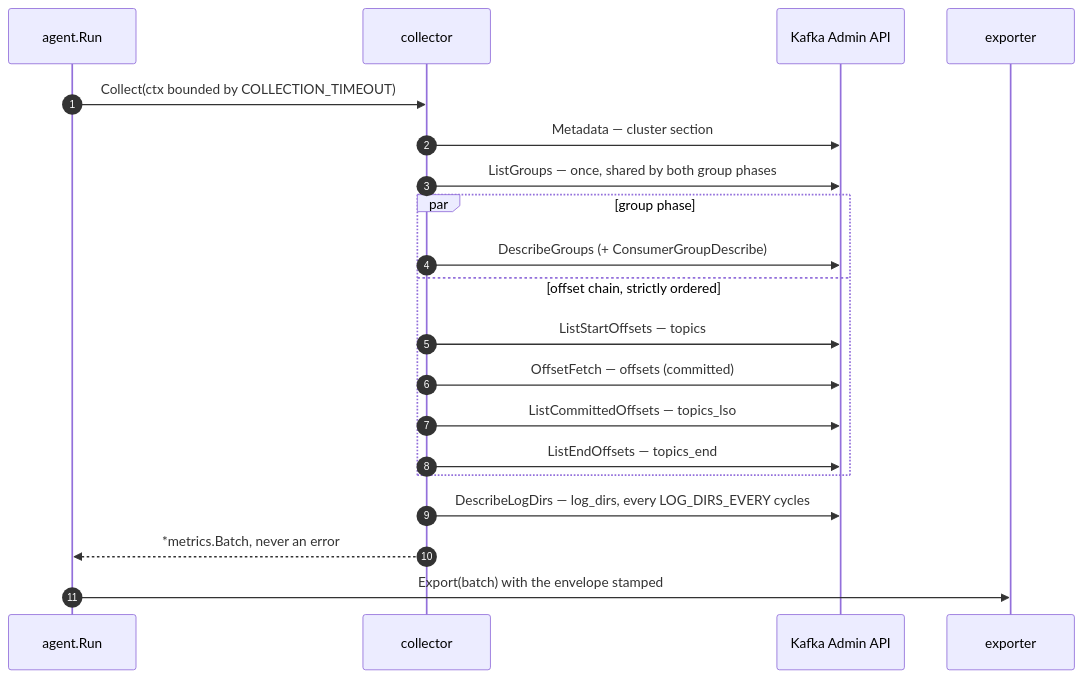
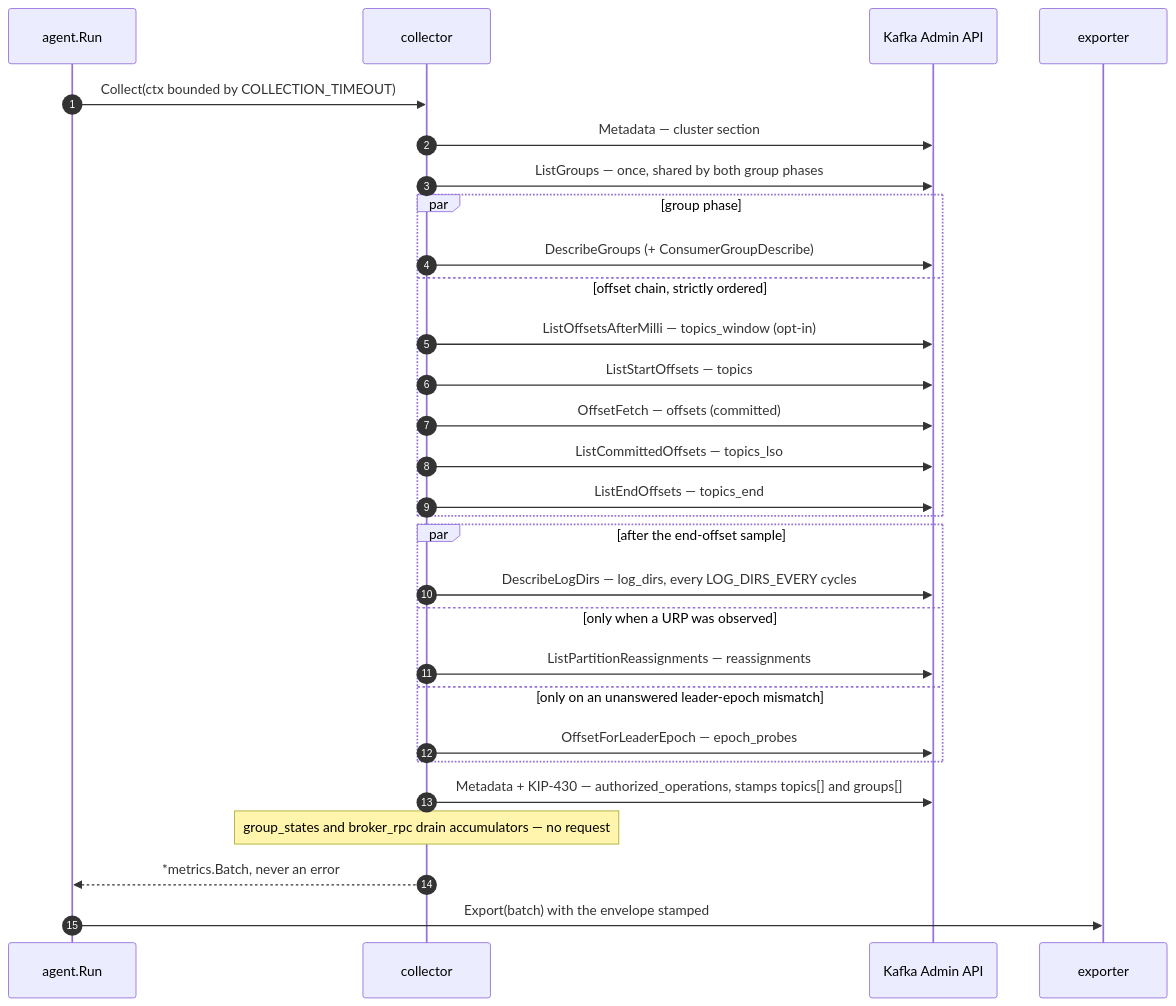
Before and after one commit to streamsight-labs/streamsight-agent: the diagram in docs/ARCHITECTURE.md, drawn with Mermaid. The commit also changed other lines of this file and 38 other files, not shown here.

First line of the commit message:
Roadmap tier1 (#2) (#5)

````diff
--- a/docs/ARCHITECTURE.md
+++ b/docs/ARCHITECTURE.md
@@ -23,23 +23,32 @@
 ```mermaid
 sequenceDiagram
     autonumber
     participant A as agent.Run
     participant C as collector
     participant K as Kafka Admin API
     participant E as exporter
 
     A->>C: Collect(ctx bounded by COLLECTION_TIMEOUT)
     C->>K: Metadata — cluster section
     C->>K: ListGroups — once, shared by both group phases
     par group phase
         C->>K: DescribeGroups (+ ConsumerGroupDescribe)
     and offset chain, strictly ordered
+        C->>K: ListOffsetsAfterMilli — topics_window (opt-in)
         C->>K: ListStartOffsets — topics
         C->>K: OffsetFetch — offsets (committed)
         C->>K: ListCommittedOffsets — topics_lso
         C->>K: ListEndOffsets — topics_end
     end
-    C->>K: DescribeLogDirs — log_dirs, every LOG_DIRS_EVERY cycles
+    par after the end-offset sample
+        C->>K: DescribeLogDirs — log_dirs, every LOG_DIRS_EVERY cycles
+    and only when a URP was observed
+        C->>K: ListPartitionReassignments — reassignments
+    and only on an unanswered leader-epoch mismatch
+        C->>K: OffsetForLeaderEpoch — epoch_probes
+    end
+    C->>K: Metadata + KIP-430 — authorized_operations, stamps topics[] and groups[]
+    Note over C: group_states and broker_rpc drain accumulators — no request
     C-->>A: *metrics.Batch, never an error
     A->>E: Export(batch) with the envelope stamped
 ```
````
